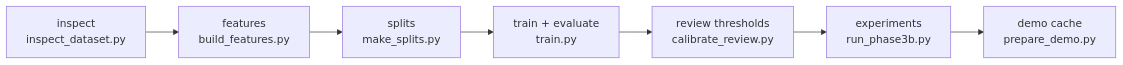
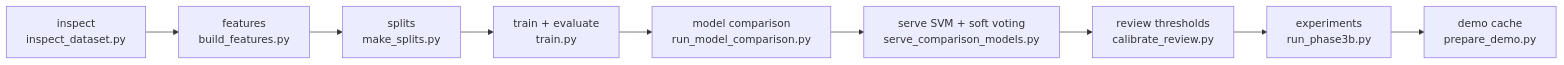
The third of 4 diagrams in docs/UNDERSTANDING_AFTERSIGHT.md (divishapanjwani/AfterSight-Simplified), drawn with Mermaid before and after one commit. The commit also changed other lines of this file and 7 other files, not shown here.

First line of the commit message:
Setup: build and serve the SVM and soft voting on a fresh clone (macOS and Windows steps)

````diff
--- a/docs/UNDERSTANDING_AFTERSIGHT.md
+++ b/docs/UNDERSTANDING_AFTERSIGHT.md
@@ -437,9 +437,11 @@
 ```mermaid
 flowchart LR
     I["inspect<br/>inspect_dataset.py"] --> F["features<br/>build_features.py"]
     F --> S["splits<br/>make_splits.py"]
     S --> T["train + evaluate<br/>train.py"]
-    T --> R["review thresholds<br/>calibrate_review.py"]
+    T --> C["model comparison<br/>run_model_comparison.py"]
+    C --> V["serve SVM + soft voting<br/>serve_comparison_models.py"]
+    V --> R["review thresholds<br/>calibrate_review.py"]
     R --> X["experiments<br/>run_phase3b.py"]
     X --> D["demo cache<br/>prepare_demo.py"]
 ```
````
